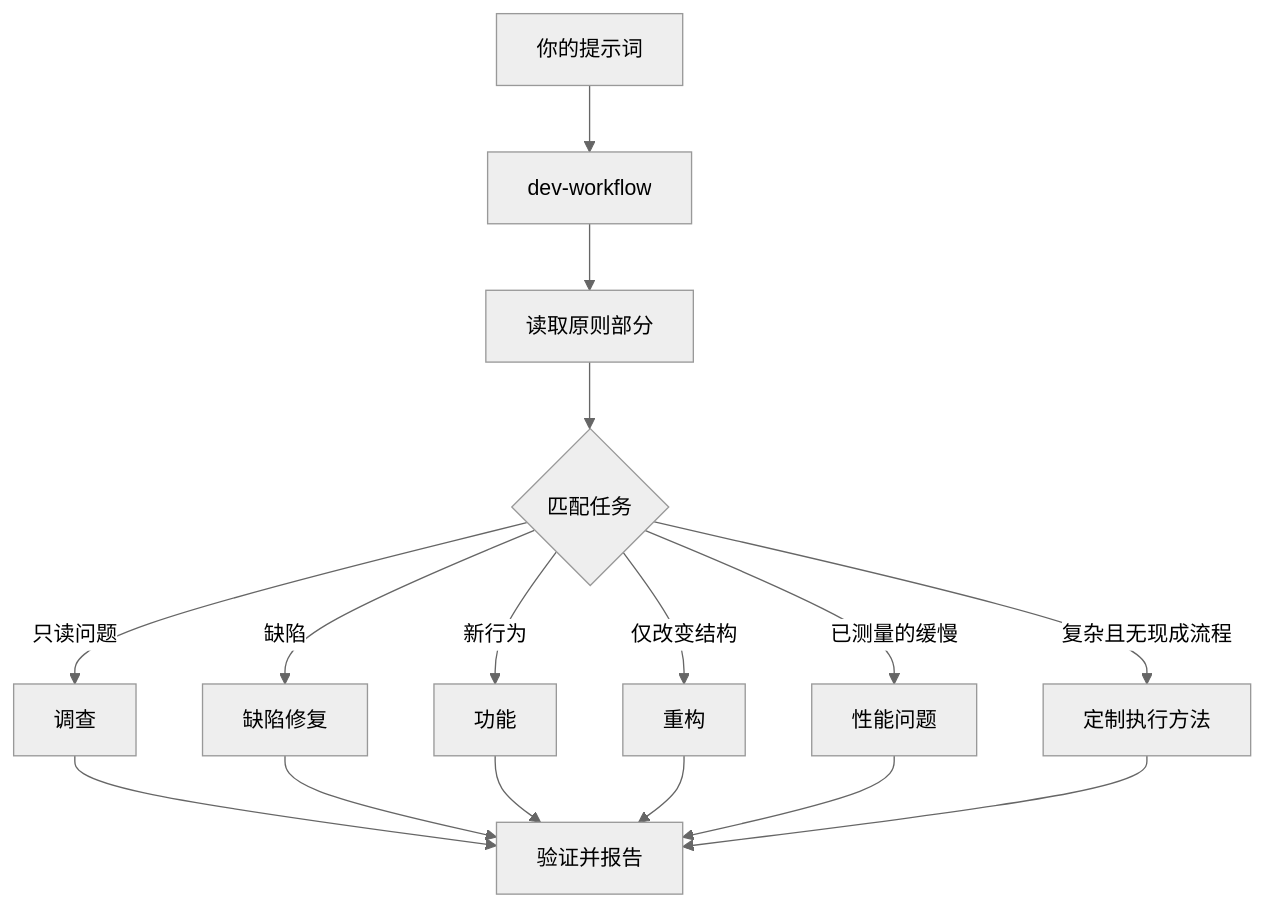
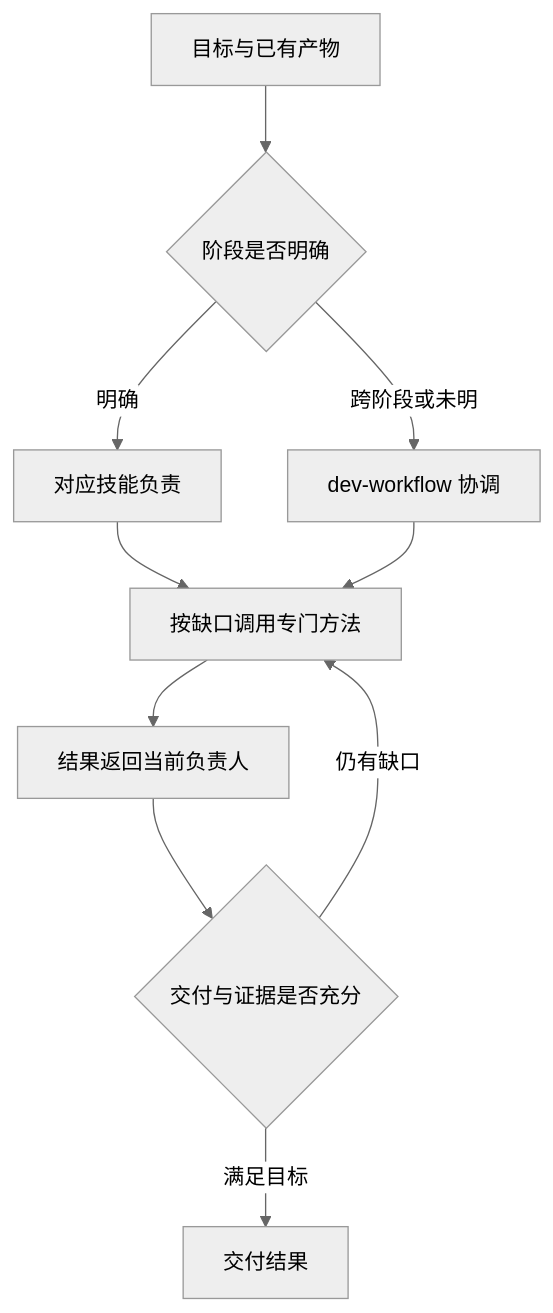
Before and after one commit to NAMEWTA/huhu: the diagram in .agents/skills/dev-help/references/guide-routing.md, drawn with Mermaid (neutral theme). The commit also changed other lines of this file and 128 other files, not shown here.

Commit message:
chore(skills): 更新 dev 技能集（新增 dev-handoff、dev-prototype，调整 spec/intake/workflow 等）与 .agents/dev 目录说明

````diff
--- a/.agents/skills/dev-help/references/guide-routing.md
+++ b/.agents/skills/dev-help/references/guide-routing.md
@@ -8,18 +8,12 @@
 ```mermaid
 flowchart TD
-    A[你的提示词] --> B[dev-workflow]
-    B --> C[读取原则部分]
-    C --> D{匹配任务}
-    D -->|只读问题| E[调查]
-    D -->|缺陷| F[缺陷修复]
-    D -->|新行为| G[功能]
-    D -->|仅改变结构| H[重构]
-    D -->|已测量的缓慢| I[性能问题]
-    D -->|复杂且无现成流程| J[定制执行方法]
-    E --> K[验证并报告]
-    F --> K
-    G --> K
-    H --> K
-    I --> K
-    J --> K
+    A[目标与已有产物] --> B{阶段是否明确}
+    B -->|明确| C[对应技能负责]
+    B -->|跨阶段或未明| D[dev-workflow 协调]
+    C --> E[按缺口调用专门方法]
+    D --> E
+    E --> F[结果返回当前负责人]
+    F --> G{交付与证据是否充分}
+    G -->|仍有缺口| E
+    G -->|满足目标| H[交付结果]
 ```
````
